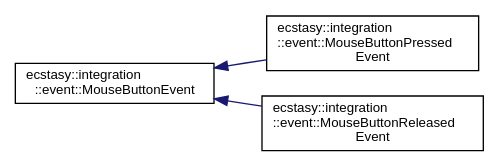
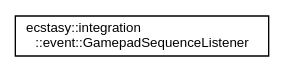
One commit to AndreasLrx/ecstasy changed the diagram in inherit_graph_22.dot. Above: the diagram before and after it, drawn with Graphviz. The commit also changed 967 other files, not shown here.

```diff
--- a/inherit_graph_22.dot
+++ b/inherit_graph_22.dot
@@ -1,12 +1,8 @@
 digraph "Graphical Class Hierarchy"
 {
  // LATEX_PDF_SIZE
   edge [fontname="Helvetica",fontsize="10",labelfontname="Helvetica",labelfontsize="10"];
   node [fontname="Helvetica",fontsize="10",shape=record];
   rankdir="LR";
-  Node0 [label="ecstasy::integration\l::event::MouseButtonEvent",height=0.2,width=0.4,color="black", fillcolor="white", style="filled",URL="$structecstasy_1_1integration_1_1event_1_1_mouse_button_event.html",tooltip="Event describing when a mouse button is pressed or released."];
-  Node0 -> Node1 [dir="back",color="midnightblue",fontsize="10",style="solid",fontname="Helvetica"];
-  Node1 [label="ecstasy::integration\l::event::MouseButtonPressed\lEvent",height=0.2,width=0.4,color="black", fillcolor="white", style="filled",URL="$structecstasy_1_1integration_1_1event_1_1_mouse_button_pressed_event.html",tooltip="Event describing when a mouse button is pressed."];
-  Node0 -> Node2 [dir="back",color="midnightblue",fontsize="10",style="solid",fontname="Helvetica"];
-  Node2 [label="ecstasy::integration\l::event::MouseButtonReleased\lEvent",height=0.2,width=0.4,color="black", fillcolor="white", style="filled",URL="$structecstasy_1_1integration_1_1event_1_1_mouse_button_released_event.html",tooltip="Event describing when a mouse button is released."];
+  Node0 [label="ecstasy::integration\l::event::GamepadSequenceListener",height=0.2,width=0.4,color="black", fillcolor="white", style="filled",URL="$classecstasy_1_1integration_1_1event_1_1_gamepad_sequence_listener.html",tooltip="Listener of a button sequence."];
 }
```
